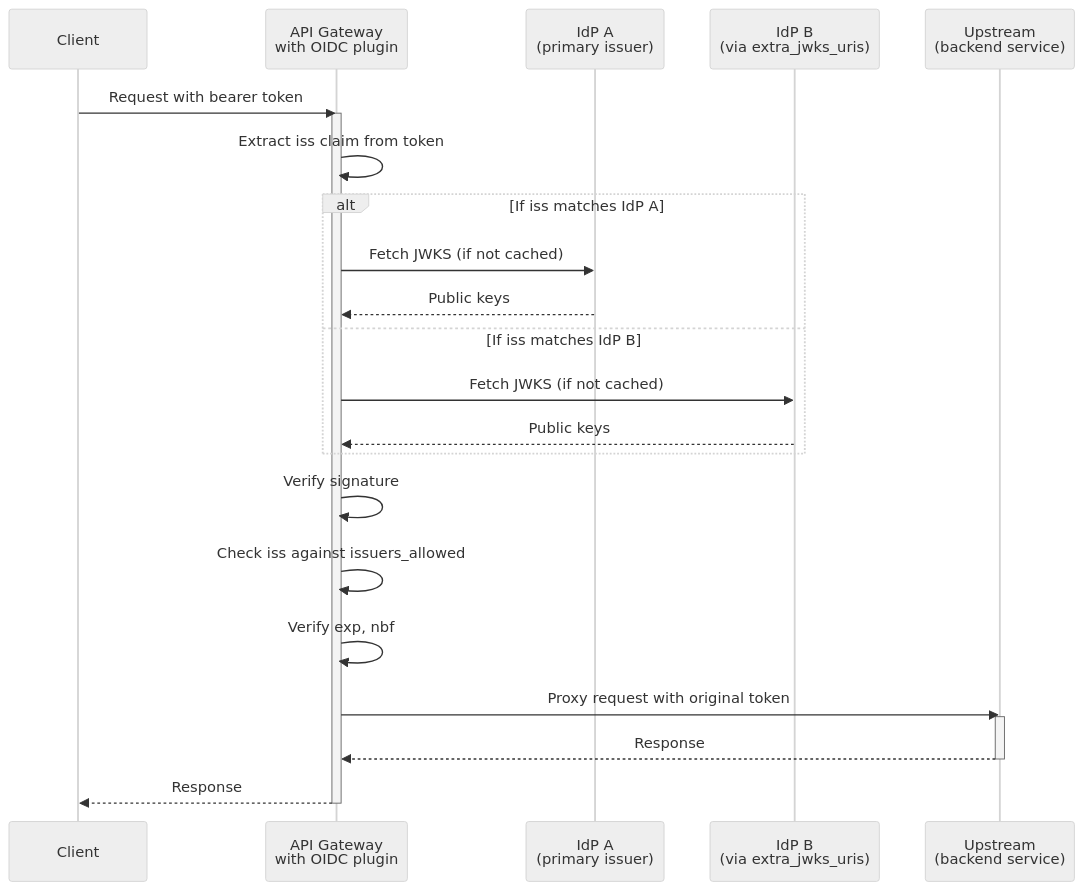
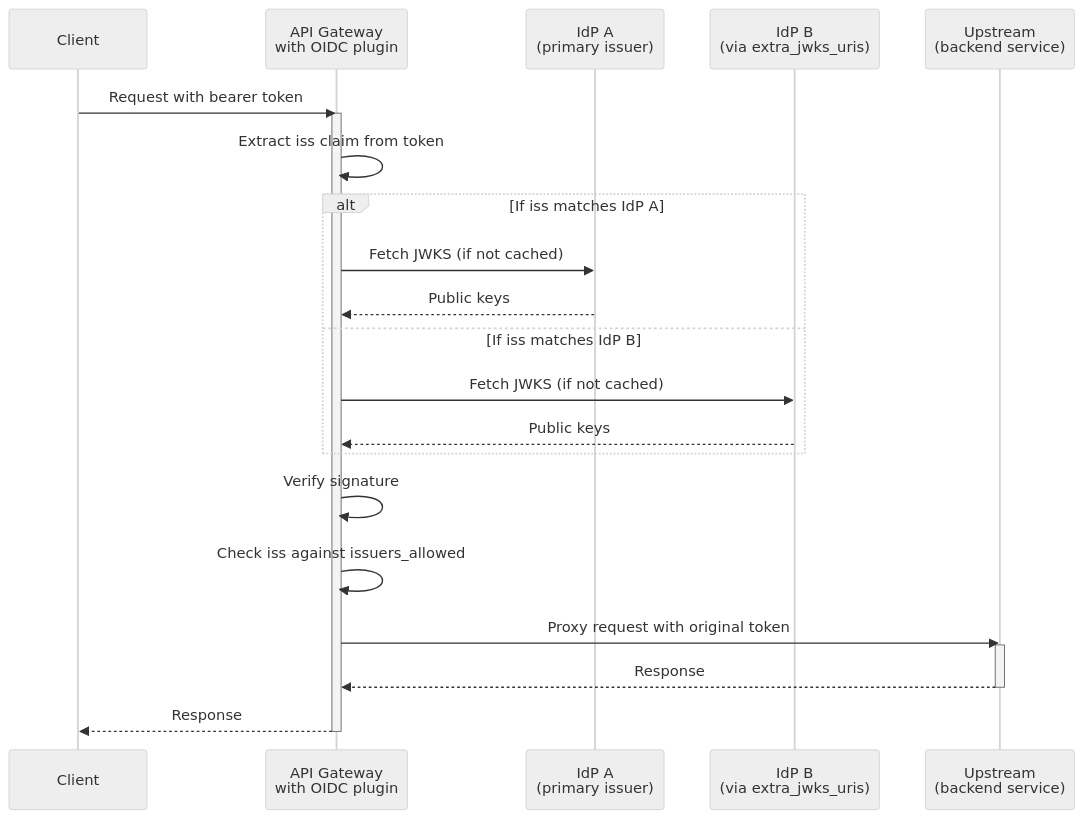
Before and after one commit to Kong/developer.konghq.com: the diagram in app/_includes/plugins/oidc/diagrams/multi-idp-trusted-issuers.md, drawn with Mermaid (neutral theme). The commit also changed other lines of this file and 5 other files, not shown here.

```diff
--- a/app/_includes/plugins/oidc/diagrams/multi-idp-trusted-issuers.md
+++ b/app/_includes/plugins/oidc/diagrams/multi-idp-trusted-issuers.md
@@ -1,28 +2,27 @@
 {% mermaid %}
 sequenceDiagram
     participant C as Client
     participant K as API Gateway<br>with OIDC plugin
     participant IdPA as IdP A<br>(primary issuer)
     participant IdPB as IdP B<br>(via extra_jwks_uris)
     participant U as Upstream<br>(backend service)
 
     C->>K: Request with bearer token
     activate K
     K->>K: Extract iss claim from token
     alt If iss matches IdP A
         K->>IdPA: Fetch JWKS (if not cached)
         IdPA-->>K: Public keys
     else If iss matches IdP B
         K->>IdPB: Fetch JWKS (if not cached)
         IdPB-->>K: Public keys
     end
     K->>K: Verify signature
     K->>K: Check iss against issuers_allowed
-    K->>K: Verify exp, nbf
     K->>U: Proxy request with original token
     activate U
     U-->>K: Response
     deactivate U
     K-->>C: Response
     deactivate K
 {% endmermaid %}
```
